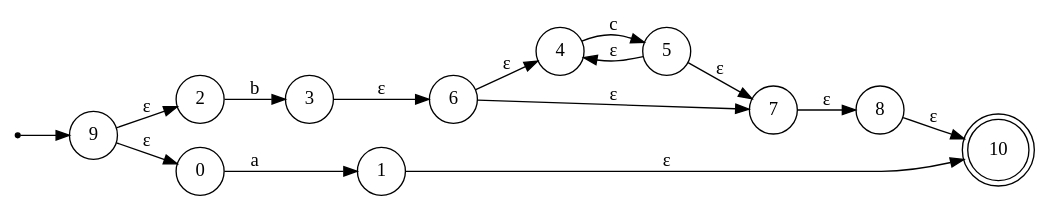
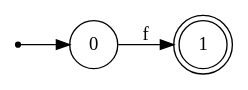
Before and after one commit to zyucccc/DAAR_Petit_Projet: the diagram in automate_out/automate.dot, drawn with Graphviz. The commit also changed 13 other files, not shown here.

Commit message:
final avec graphes version1

```diff
--- a/automate_out/automate.dot
+++ b/automate_out/automate.dot
@@ -1,20 +1,8 @@
 digraph Automate {
   rankdir=LR;
   node [shape=circle];
   start [shape=point];
-  start -> 9;
-  10 [shape=doublecircle];
-  9 -> 2 [label="ε"];
-  9 -> 0 [label="ε"];
-  2 -> 3 [label="b"];
-  0 -> 1 [label="a"];
-  3 -> 6 [label="ε"];
-  1 -> 10 [label="ε"];
-  6 -> 4 [label="ε"];
-  6 -> 7 [label="ε"];
-  4 -> 5 [label="c"];
-  7 -> 8 [label="ε"];
-  5 -> 4 [label="ε"];
-  5 -> 7 [label="ε"];
-  8 -> 10 [label="ε"];
+  start -> 0;
+  1 [shape=doublecircle];
+  0 -> 1 [label="f"];
 }
```
